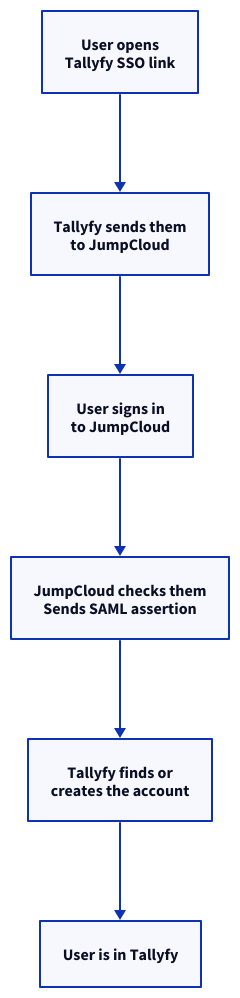
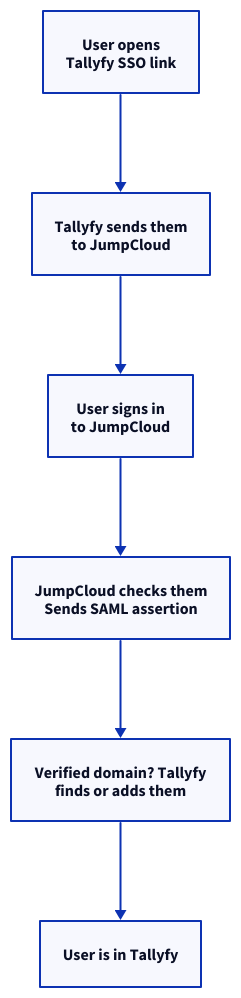
Before and after one commit to tallyfy/documentation: the diagram in src/content/docs/pro/integrations/authentication/how-to-integrate-jumpcloud-samlsso-with-tallyfy.mdx, drawn with D2. The commit also changed other lines of this file and 11 other files, not shown here.

````diff
--- a/src/content/docs/pro/integrations/authentication/how-to-integrate-jumpcloud-samlsso-with-tallyfy.mdx
+++ b/src/content/docs/pro/integrations/authentication/how-to-integrate-jumpcloud-samlsso-with-tallyfy.mdx
@@ -173,17 +173,17 @@
 ```d2
 # JumpCloud SSO: what happens each time someone signs in
 direction: down
 
 Open: "User opens\nTallyfy SSO link"
 Redirect: "Tallyfy sends them\nto JumpCloud"
 Login: "User signs in\nto JumpCloud"
 Assert: "JumpCloud checks them\nSends SAML assertion"
-Check: "Tallyfy finds or\ncreates the account"
+Check: "Verified domain? Tallyfy\nfinds or adds them"
 Done: "User is in Tallyfy"
 
 Open -> Redirect
 Redirect -> Login
 Login -> Assert
 Assert -> Check
 Check -> Done
 ```
````
